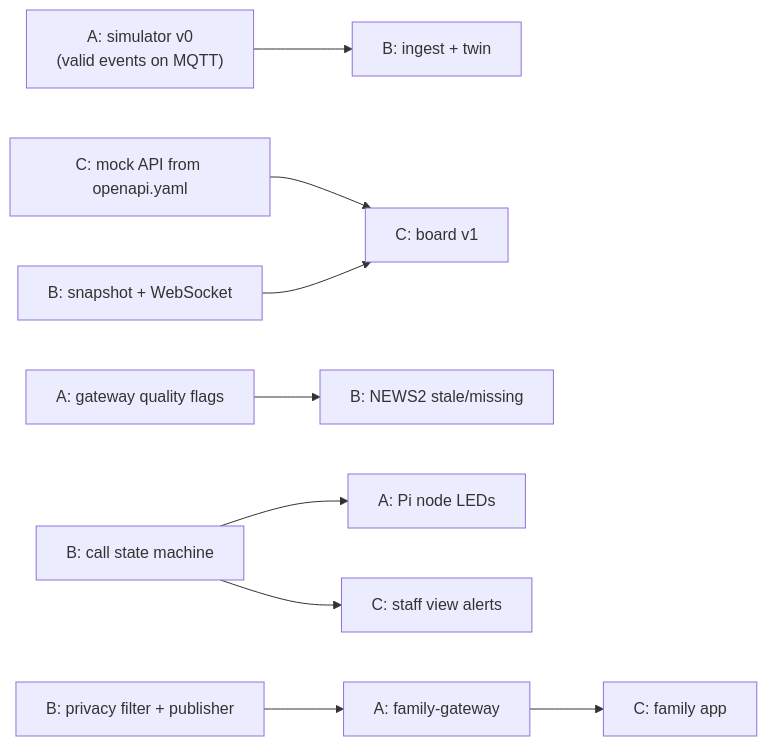
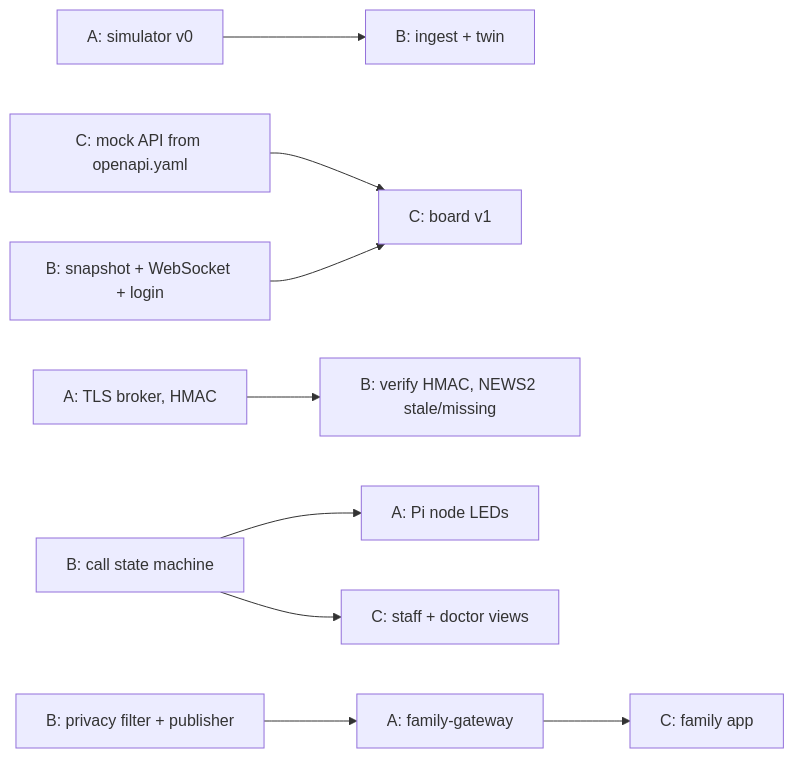
The diagram in docs/PLAN.md (Yassinecoder06/HackCure_Hackathon), drawn with Mermaid before and after one commit. The commit also changed other lines of this file and 36 other files, not shown here.

````diff
--- a/docs/PLAN.md
+++ b/docs/PLAN.md
@@ -48,11 +62,11 @@
 ```mermaid
 flowchart LR
-  A1["A: simulator v0<br/>(valid events on MQTT)"] --> B1["B: ingest + twin"]
+  A1["A: simulator v0"] --> B1["B: ingest + twin"]
   C0["C: mock API from openapi.yaml"] --> C1["C: board v1"]
-  B2["B: snapshot + WebSocket"] --> C1
-  A2["A: gateway quality flags"] --> B3["B: NEWS2 stale/missing"]
+  B2["B: snapshot + WebSocket + login"] --> C1
+  A2["A: TLS broker, HMAC"] --> B3["B: verify HMAC, NEWS2 stale/missing"]
   B4["B: call state machine"] --> A3["A: Pi node LEDs"]
-  B4 --> C2["C: staff view alerts"]
+  B4 --> C2["C: staff + doctor views"]
   B5["B: privacy filter + publisher"] --> A4["A: family-gateway"]
   A4 --> C3["C: family app"]
 ```
````
